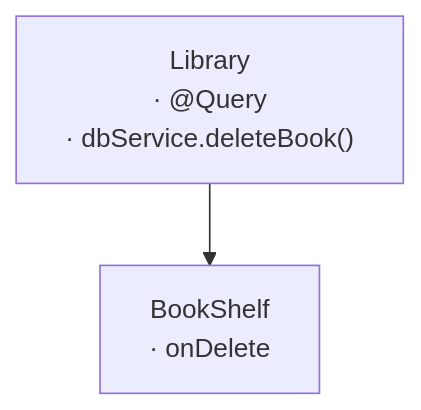
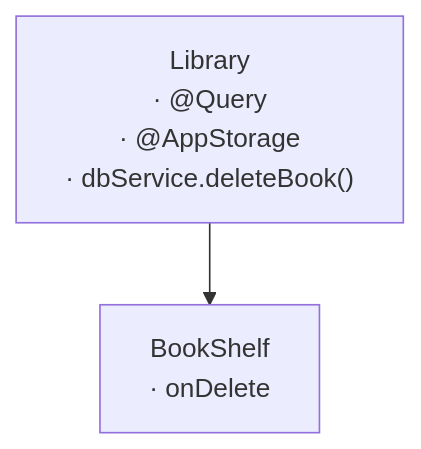
Before and after one commit to sisoje/hypermodular: the fourth of 8 diagrams in hypermodular/SKILL.md, drawn with Mermaid. The commit also changed other lines of this file and 5 other files, not shown here.

First line of the commit message:
example/ step 2 done: Library and BookDetail evidence; F17; step 3 decided

````diff
--- a/hypermodular/SKILL.md
+++ b/hypermodular/SKILL.md
@@ -151,5 +151,5 @@
 ```mermaid
 %% Root: Library · Parent: Tabs (../MAP.md)
 flowchart TD
-    Library["Library<br/>· @Query<br/>· dbService.deleteBook()"] --> BookShelf["BookShelf<br/>· onDelete"]
+    Library["Library<br/>· @Query<br/>· @AppStorage<br/>· dbService.deleteBook()"] --> BookShelf["BookShelf<br/>· onDelete"]
 ```
````
